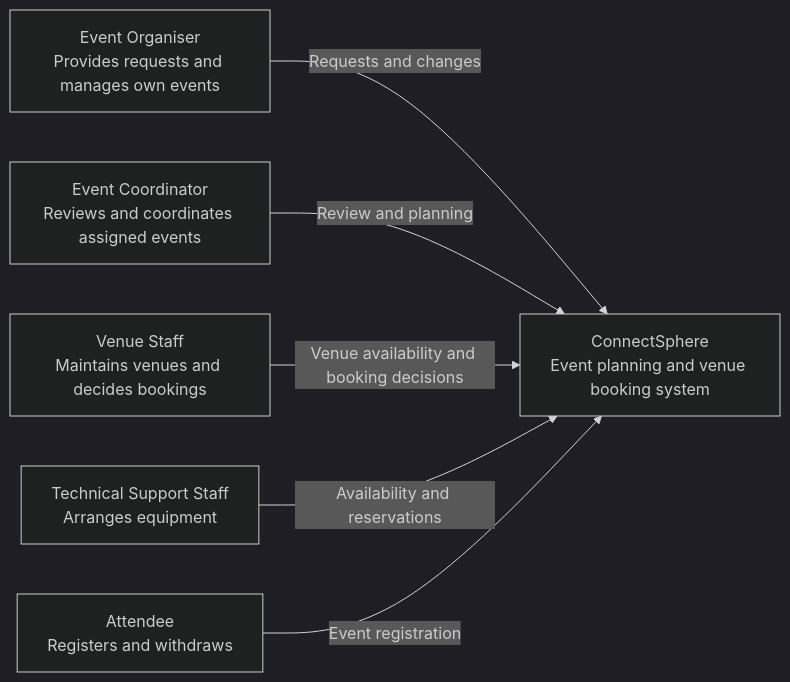
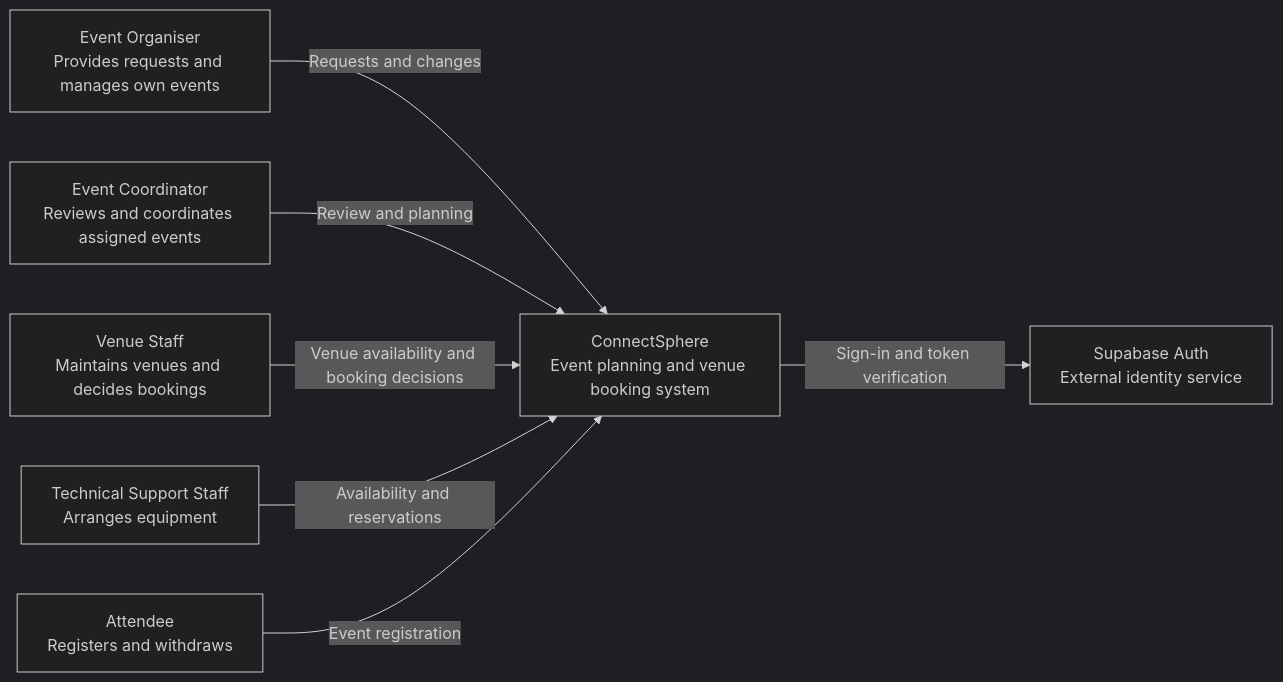
One commit to MochaLxtte/ConnectSphere changed the first of 3 diagrams in docs/architecture/README.md. Above: the diagram before and after it, drawn with Mermaid (dark theme). The commit also changed other lines of this file and 23 other files, not shown here.

````diff
--- a/docs/architecture/README.md
+++ b/docs/architecture/README.md
@@ -9,14 +9,16 @@
 ```mermaid
 flowchart LR
   organiser["Event Organiser<br/>Provides requests and manages own events"]
   coordinator["Event Coordinator<br/>Reviews and coordinates assigned events"]
   venue["Venue Staff<br/>Maintains venues and decides bookings"]
   technical["Technical Support Staff<br/>Arranges equipment"]
   attendee["Attendee<br/>Registers and withdraws"]
   system["ConnectSphere<br/>Event planning and venue booking system"]
+  identity["Supabase Auth<br/>External identity service"]
   organiser -->|Requests and changes| system
   coordinator -->|Review and planning| system
   venue -->|Venue availability and booking decisions| system
   technical -->|Availability and reservations| system
   attendee -->|Event registration| system
+  system -->|Sign-in and token verification| identity
 ```
````
